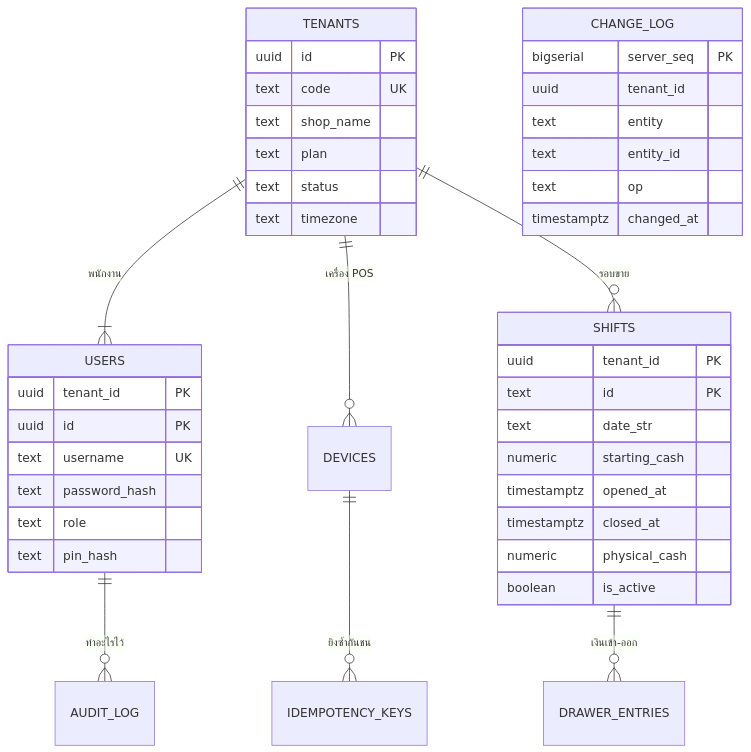
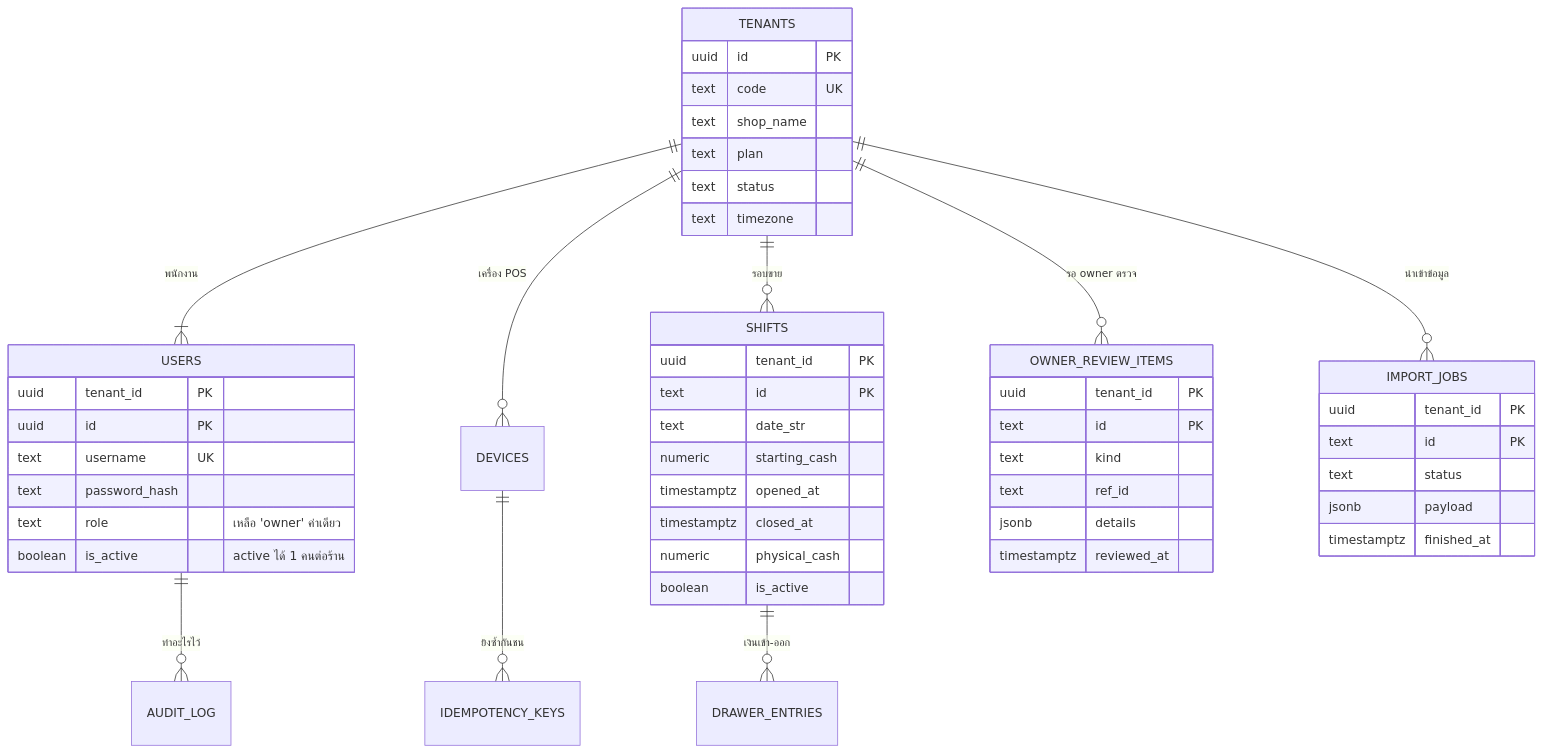
The fourth of 6 diagrams in docs/Backend_design/01_DATABASE.md (NuimanLP/srisurart-pos-flutter), drawn with Mermaid before and after one commit. The commit also changed other lines of this file and 15 other files, not shown here.

````diff
--- a/docs/Backend_design/01_DATABASE.md
+++ b/docs/Backend_design/01_DATABASE.md
@@ -183,44 +194,53 @@
 ```mermaid
 erDiagram
     TENANTS ||--|{ USERS : "พนักงาน"
     TENANTS ||--o{ DEVICES : "เครื่อง POS"
     TENANTS ||--o{ SHIFTS : "รอบขาย"
     SHIFTS ||--o{ DRAWER_ENTRIES : "เงินเข้า-ออก"
     USERS ||--o{ AUDIT_LOG : "ทำอะไรไว้"
     DEVICES ||--o{ IDEMPOTENCY_KEYS : "ยิงซ้ำกันชน"
+    TENANTS ||--o{ OWNER_REVIEW_ITEMS : "รอ owner ตรวจ"
+    TENANTS ||--o{ IMPORT_JOBS : "นำเข้าข้อมูล"
 
     TENANTS {
         uuid id PK
         text code UK
         text shop_name
         text plan
         text status
         text timezone
     }
     USERS {
         uuid tenant_id PK
         uuid id PK
         text username UK
         text password_hash
-        text role
-        text pin_hash
+        text role "เหลือ 'owner' ค่าเดียว"
+        boolean is_active "active ได้ 1 คนต่อร้าน"
     }
     SHIFTS {
         uuid tenant_id PK
         text id PK
         text date_str
         numeric starting_cash
         timestamptz opened_at
         timestamptz closed_at
         numeric physical_cash
         boolean is_active
     }
-    CHANGE_LOG {
-        bigserial server_seq PK
-        uuid tenant_id
-        text entity
-        text entity_id
-        text op
-        timestamptz changed_at
+    OWNER_REVIEW_ITEMS {
+        uuid tenant_id PK
+        text id PK
+        text kind
+        text ref_id
+        jsonb details
+        timestamptz reviewed_at
+    }
+    IMPORT_JOBS {
+        uuid tenant_id PK
+        text id PK
+        text status
+        jsonb payload
+        timestamptz finished_at
     }
 ```
````
